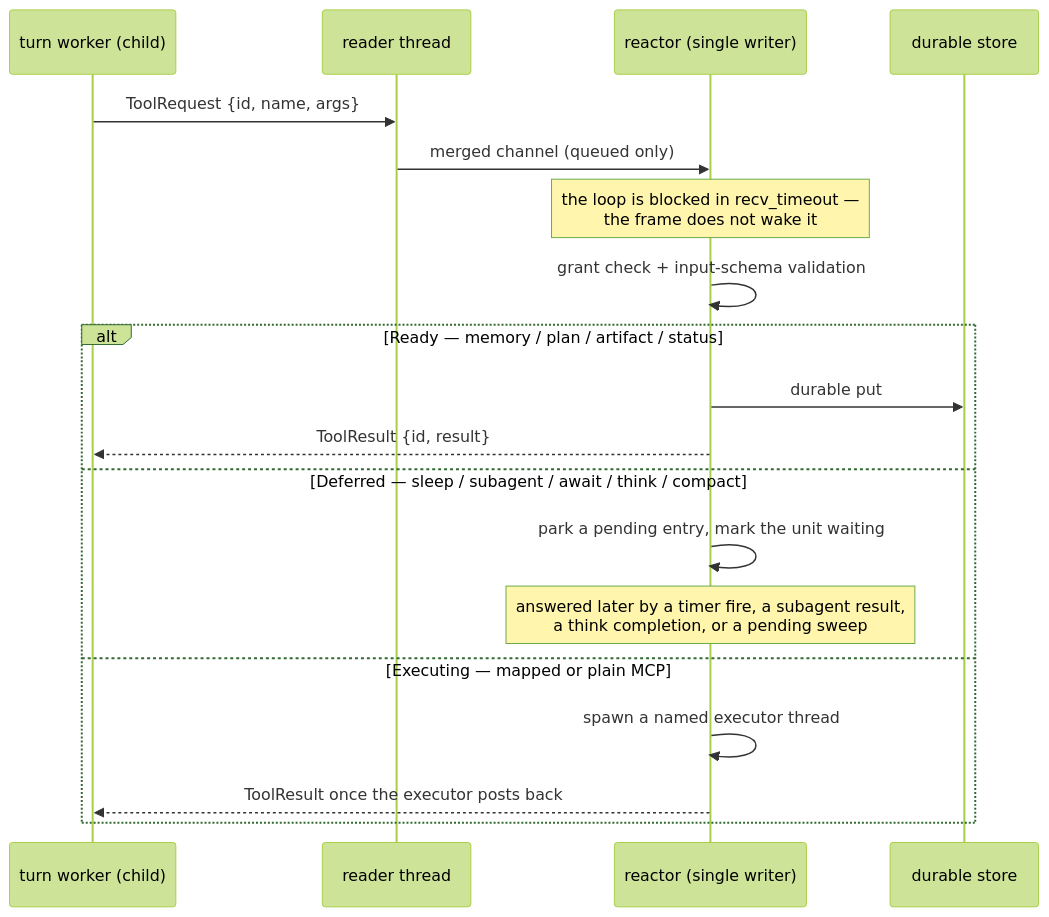
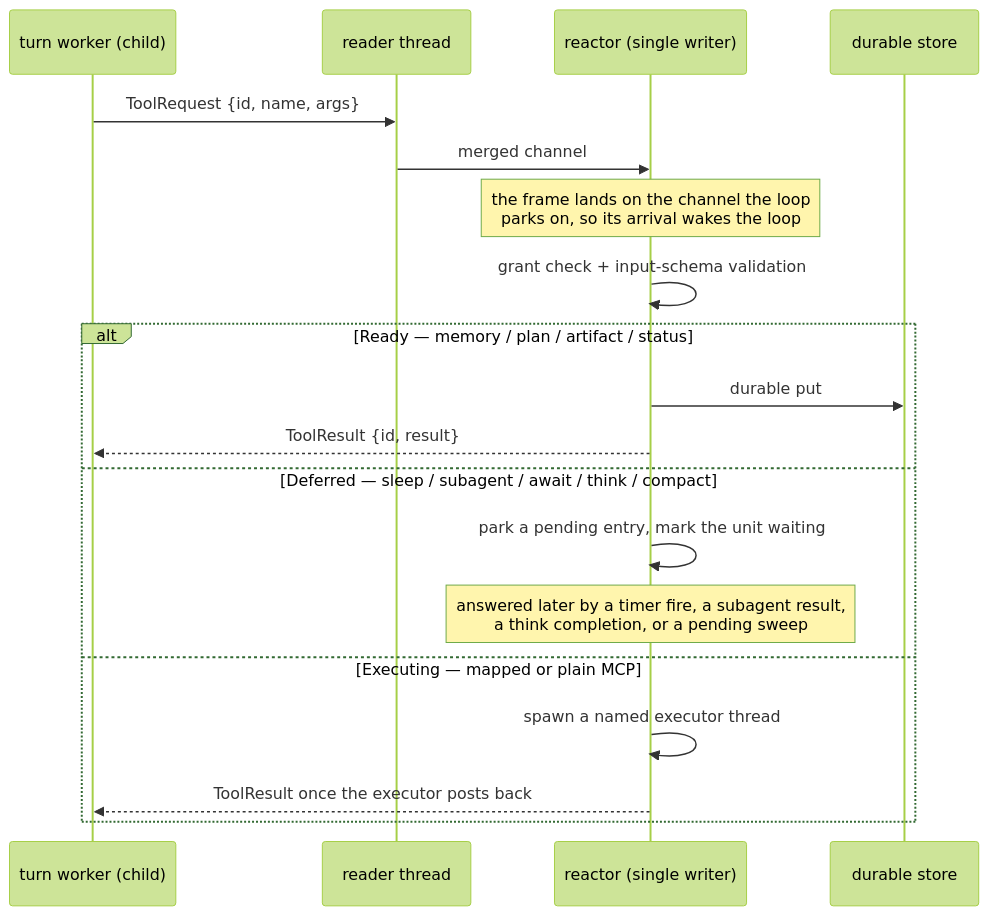
One commit to agentd-dev/source-code changed the second of 5 diagrams in docs/harness.md. Above: the diagram before and after it, drawn with Mermaid (forest theme). The commit also changed other lines of this file and 273 other files, not shown here.

````diff
--- a/docs/harness.md
+++ b/docs/harness.md
@@ -155,21 +155,21 @@
 ```mermaid
 sequenceDiagram
   participant W as turn worker (child)
   participant P as reader thread
   participant R as reactor (single writer)
   participant S as durable store
   W->>P: ToolRequest {id, name, args}
-  P->>R: merged channel (queued only)
-  Note over R: the loop is blocked in recv_timeout —<br/>the frame does not wake it
+  P->>R: merged channel
+  Note over R: the frame lands on the channel the loop<br/>parks on, so its arrival wakes the loop
   R->>R: grant check + input-schema validation
   alt Ready — memory / plan / artifact / status
     R->>S: durable put
     R-->>W: ToolResult {id, result}
   else Deferred — sleep / subagent / await / think / compact
     R->>R: park a pending entry, mark the unit waiting
     Note over R: answered later by a timer fire, a subagent result,<br/>a think completion, or a pending sweep
   else Executing — mapped or plain MCP
     R->>R: spawn a named executor thread
     R-->>W: ToolResult once the executor posts back
   end
 ```
````
